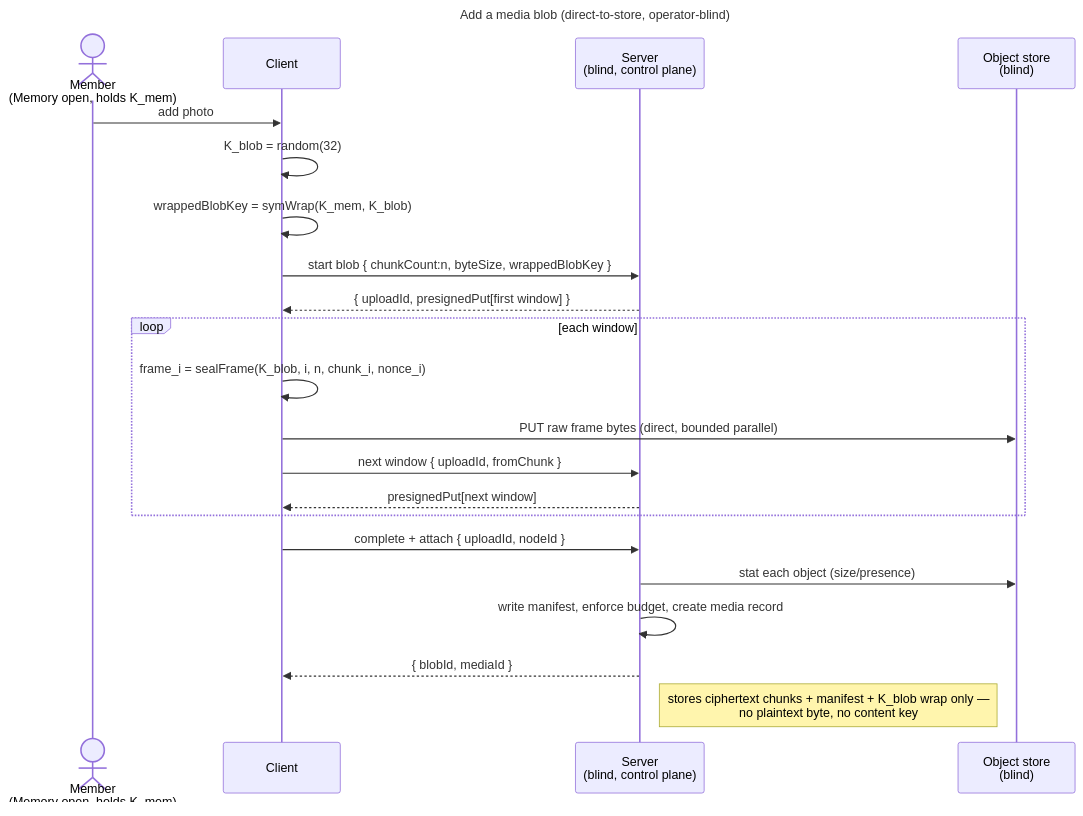
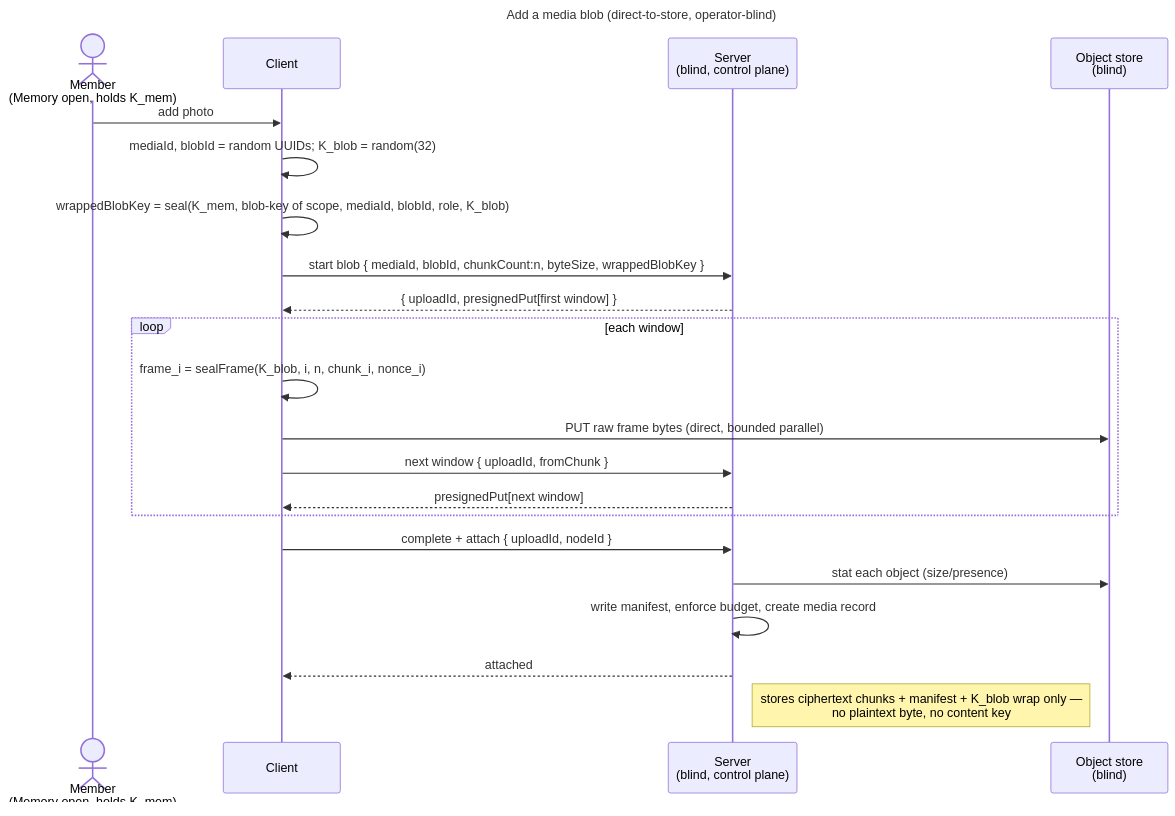
One commit to raddatzk/veyq changed the diagram in docs/features/memory/enablers/en.memory.media.md. Above: the diagram before and after it, drawn with Mermaid. The commit also changed other lines of this file and 32 other files, not shown here.

First line of the commit message:
docs: a seal binds its object; admission is a key-holder act; cold credentials prove the Secret Key

````diff
--- a/docs/features/memory/enablers/en.memory.media.md
+++ b/docs/features/memory/enablers/en.memory.media.md
@@ -75,26 +77,26 @@
 ```mermaid
 ---
 title: Add a media blob (direct-to-store, operator-blind)
 ---
 sequenceDiagram
   actor U as Member<br>(Memory open, holds K_mem)
   participant C as Client
   participant S as Server<br>(blind, control plane)
   participant O as Object store<br>(blind)
   U->>C: add photo
-  C->>C: K_blob = random(32)
-  C->>C: wrappedBlobKey = symWrap(K_mem, K_blob)
-  C->>S: start blob { chunkCount:n, byteSize, wrappedBlobKey }
+  C->>C: mediaId, blobId = random UUIDs#59; K_blob = random(32)
+  C->>C: wrappedBlobKey = seal(K_mem, blob-key of scope, mediaId, blobId, role, K_blob)
+  C->>S: start blob { mediaId, blobId, chunkCount:n, byteSize, wrappedBlobKey }
   S-->>C: { uploadId, presignedPut[first window] }
   loop each window
     C->>C: frame_i = sealFrame(K_blob, i, n, chunk_i, nonce_i)
     C->>O: PUT raw frame bytes  (direct, bounded parallel)
     C->>S: next window { uploadId, fromChunk }
     S-->>C: presignedPut[next window]
   end
   C->>S: complete + attach { uploadId, nodeId }
   S->>O: stat each object (size/presence)
   S->>S: write manifest, enforce budget, create media record
-  S-->>C: { blobId, mediaId }
+  S-->>C: attached
   Note right of S: stores ciphertext chunks + manifest + K_blob wrap only —<br>no plaintext byte, no content key
 ```
````
